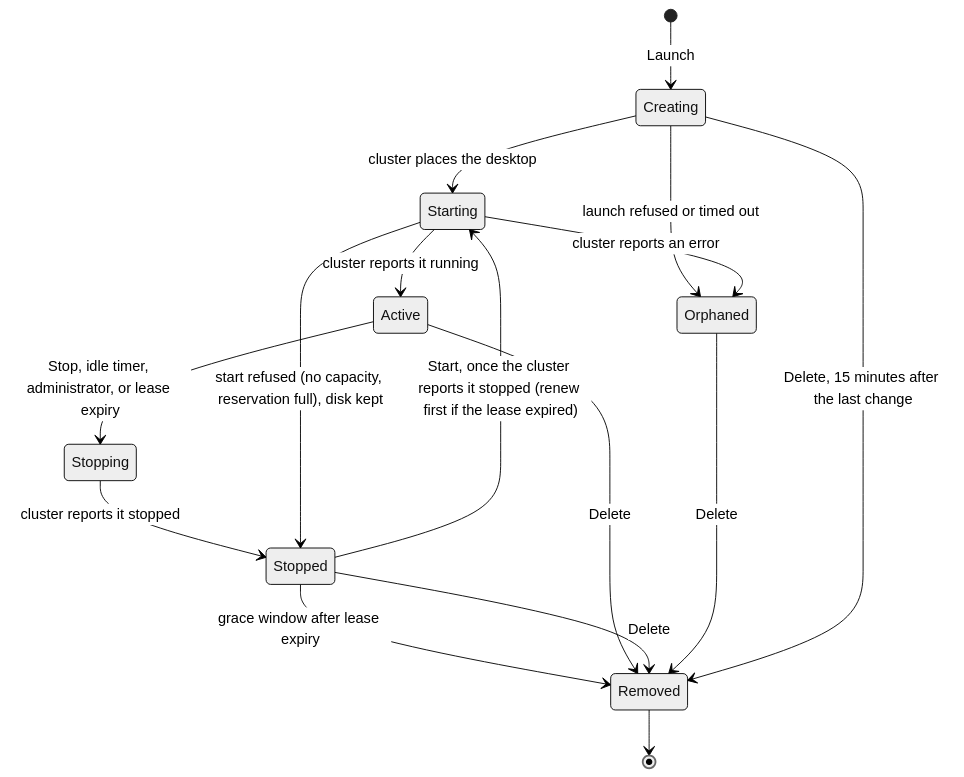
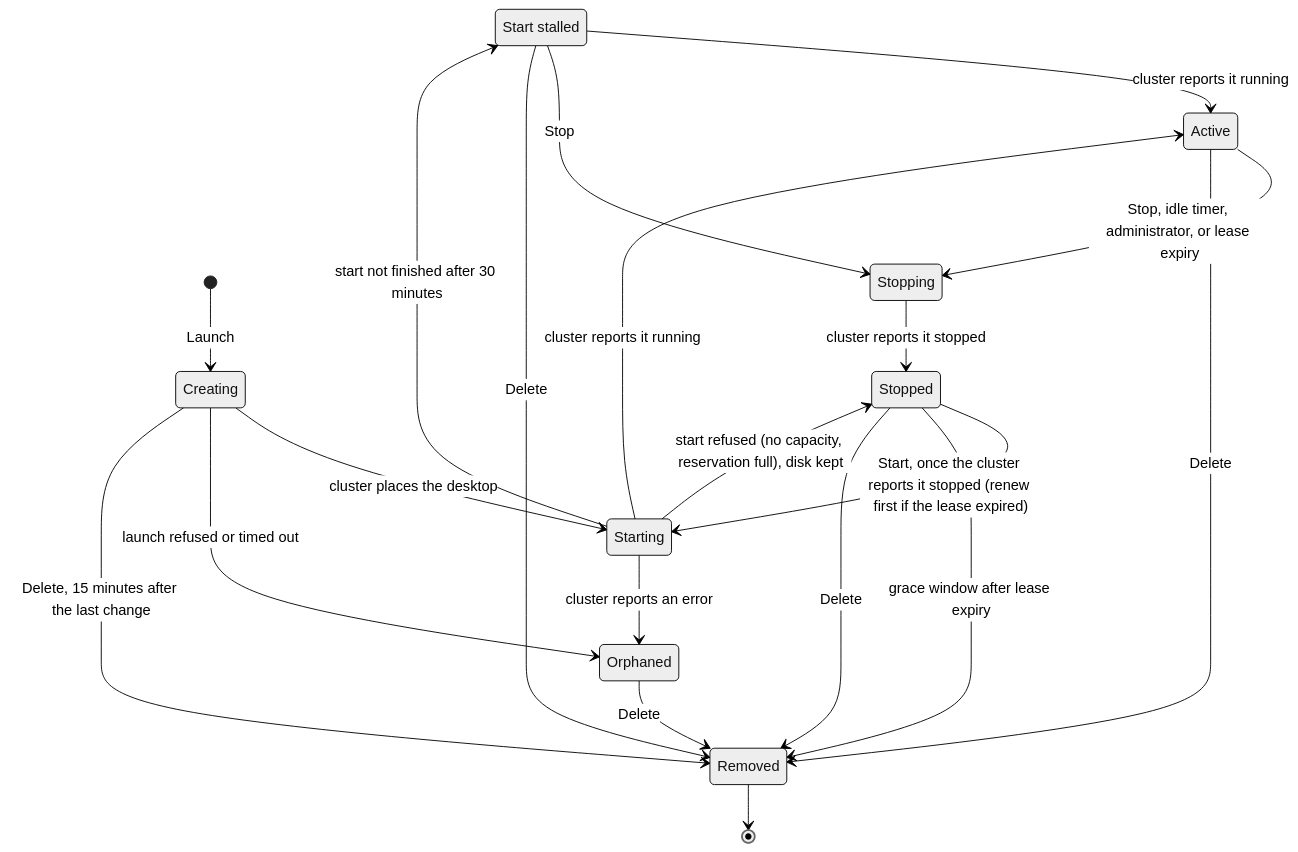
The diagram in documentation/docusaurus-site/docs/developer/edh-workstations/user-guide.md (awslabs/visual-asset-management-system), drawn with Mermaid (neutral theme) before and after one commit. The commit also changed other lines of this file and 44 other files, not shown here.

````diff
--- a/documentation/docusaurus-site/docs/developer/edh-workstations/user-guide.md
+++ b/documentation/docusaurus-site/docs/developer/edh-workstations/user-guide.md
@@ -92,18 +92,23 @@
 ```mermaid
 stateDiagram-v2
+    state "Start stalled" as StartStalled
     [*] --> Creating: Launch
     Creating --> Starting: cluster places the desktop
     Starting --> Active: cluster reports it running
     Creating --> Orphaned: launch refused or timed out
     Starting --> Orphaned: cluster reports an error
     Active --> Stopping: Stop, idle timer, administrator, or lease expiry
     Stopping --> Stopped: cluster reports it stopped
     Stopped --> Starting: Start, once the cluster reports it stopped (renew first if the lease expired)
     Starting --> Stopped: start refused (no capacity, reservation full), disk kept
+    Starting --> StartStalled: start not finished after 30 minutes
+    StartStalled --> Active: cluster reports it running
+    StartStalled --> Stopping: Stop
+    StartStalled --> Removed: Delete
     Stopped --> Removed: grace window after lease expiry
     Active --> Removed: Delete
     Stopped --> Removed: Delete
     Orphaned --> Removed: Delete
     Creating --> Removed: Delete, 15 minutes after the last change
     Removed --> [*]
 ```
````
